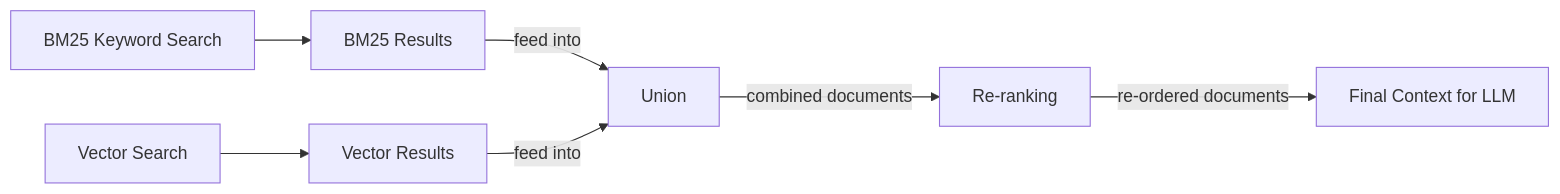
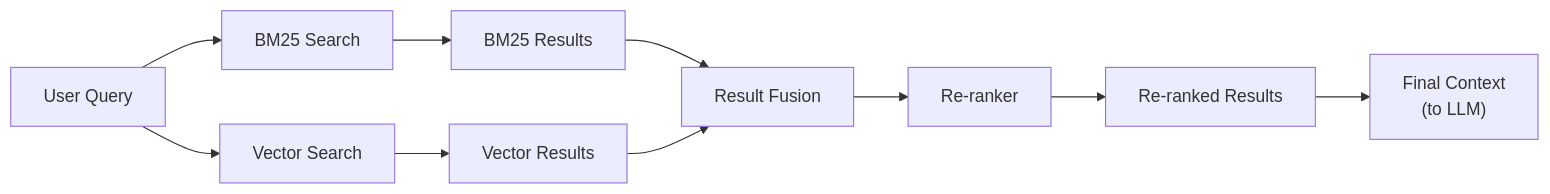
The third of 4 diagrams in RL_researcher_writer_ymaxing/rl_training_data/noise_experiment/09_RAG__var_standard__replicate1__preset1/article.md (YMaXing/Research-Agent-reinforced-by-RL), drawn with Mermaid before and after one commit. The commit also changed other lines of this file and 4528 other files, not shown here.

````diff
--- a/RL_researcher_writer_ymaxing/rl_training_data/noise_experiment/09_RAG__var_standard__replicate1__preset1/article.md
+++ b/RL_researcher_writer_ymaxing/rl_training_data/noise_experiment/09_RAG__var_standard__replicate1__preset1/article.md
@@ -127,14 +118,15 @@
 ```mermaid
 flowchart LR
-  %% Initial Search Paths
-  BM25["BM25 Keyword Search"] --> BM25_R["BM25 Results"]
-  VS["Vector Search"] --> VS_R["Vector Results"]
+  A["User Query"] --> B["BM25 Search"]
+  A["User Query"] --> C["Vector Search"]
 
-  %% Combination and Re-ranking
-  BM25_R -- "feed into" --> Union["Union"]
-  VS_R -- "feed into" --> Union
-  Union -- "combined documents" --> Rerank["Re-ranking"]
+  B --> D["BM25 Results"]
+  C --> E["Vector Results"]
 
-  %% Final Output
-  Rerank -- "re-ordered documents" --> FinalContext["Final Context for LLM"]
+  D --> F["Result Fusion"]
+  E --> F
+
+  F --> G["Re-ranker"]
+  G --> H["Re-ranked Results"]
+  H --> I["Final Context<br/>(to LLM)"]
 ```
````
